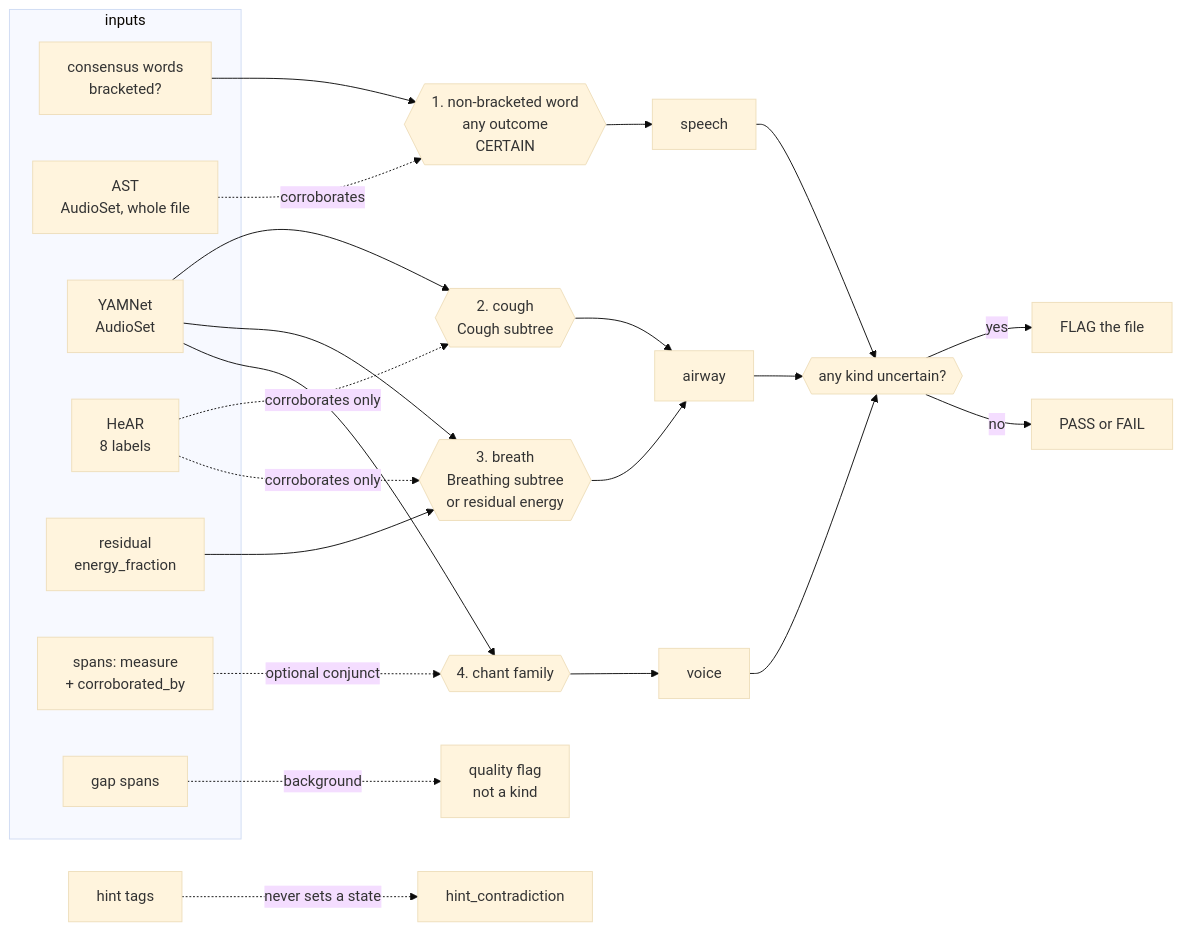
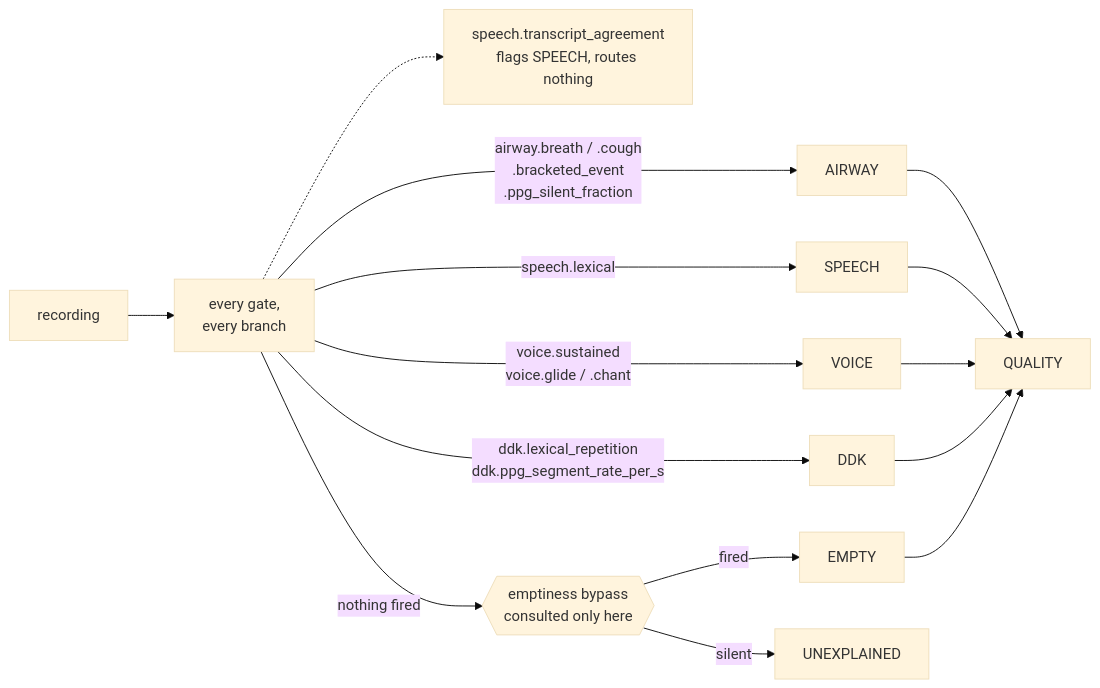
One commit to sensein/senselab changed the second of 2 diagrams in specs/20260817-triage-workflow-dag/dag.md. Above: the diagram before and after it, drawn with Mermaid (base theme). The commit also changed other lines of this file, not shown here.

````diff
--- a/specs/20260817-triage-workflow-dag/dag.md
+++ b/specs/20260817-triage-workflow-dag/dag.md
@@ -592,32 +638,17 @@
 ```mermaid
 graph LR
-  subgraph inputs
-    ASR["consensus words<br/>bracketed?"]
-    AST["AST<br/>AudioSet, whole file"]
-    YAM["YAMNet<br/>AudioSet"]
-    HEAR["HeAR<br/>8 labels"]
-    RES["residual<br/>energy_fraction"]
-    SPN["spans: measure<br/>+ corroborated_by"]
-    GAP["gap spans"]
-  end
-  ASR --> P1{{"1. non-bracketed word<br/>any outcome<br/>CERTAIN"}}
-  AST -.corroborates.-> P1
-  YAM --> P2{{"2. cough<br/>Cough subtree"}}
-  YAM --> P3{{"3. breath<br/>Breathing subtree<br/>or residual energy"}}
-  RES --> P3
-  HEAR -.corroborates only.-> P2
-  HEAR -.corroborates only.-> P3
-  YAM --> P4{{"4. chant family"}}
-  SPN -.optional conjunct.-> P4
-  P1 --> SPE["speech"]
-  P2 --> AIR["airway"]
-  P3 --> AIR
-  P4 --> VOI["voice"]
-  SPE --> FOLD{{"any kind uncertain?"}}
-  AIR --> FOLD
-  VOI --> FOLD
-  FOLD -->|yes| FLAG["FLAG the file"]
-  FOLD -->|no| DEC["PASS or FAIL"]
-  GAP -.background.-> QF["quality flag<br/>not a kind"]
-  HINT["hint tags"] -.never sets a state.-> HC["hint_contradiction"]
+  R["recording"] --> G["every gate,<br/>every branch"]
+  G -->|"airway.breath / .cough<br/>.bracketed_event<br/>.ppg_silent_fraction"| AIR["AIRWAY"]
+  G -->|"speech.lexical"| SPE["SPEECH"]
+  G -->|"voice.sustained<br/>voice.glide / .chant"| VOI["VOICE"]
+  G -->|"ddk.lexical_repetition<br/>ddk.ppg_segment_rate_per_s"| DDK["DDK"]
+  G -.-> FL["speech.transcript_agreement<br/>flags SPEECH, routes nothing"]
+  G -->|"nothing fired"| E{{"emptiness bypass<br/>consulted only here"}}
+  E -->|fired| EMP["EMPTY"]
+  E -->|silent| UNX["UNEXPLAINED"]
+  AIR --> Q["QUALITY"]
+  SPE --> Q
+  VOI --> Q
+  DDK --> Q
+  EMP --> Q
 ```
````
